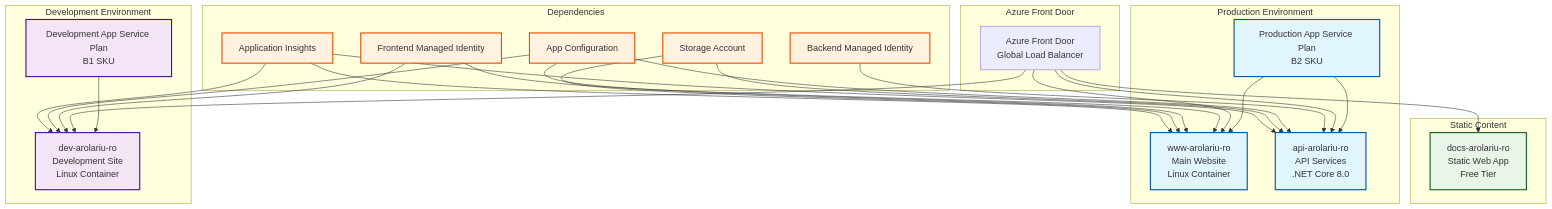
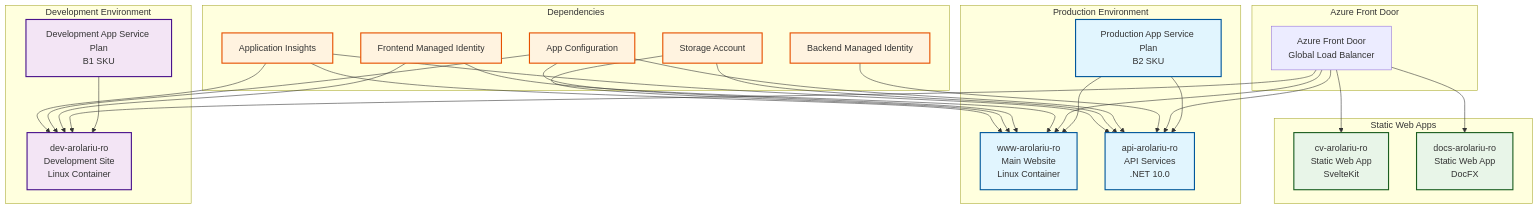
Before and after one commit to arolariu/arolariu.ro: the first of 2 diagrams in infra/Azure/Bicep/sites/README.md, drawn with Mermaid. The commit also changed other lines of this file and 10 other files, not shown here.

````diff
--- a/infra/Azure/Bicep/sites/README.md
+++ b/infra/Azure/Bicep/sites/README.md
@@ -25,66 +38,68 @@
 ```mermaid
 graph TB
     subgraph "Azure Front Door"
         AFD[Azure Front Door<br/>Global Load Balancer]
     end
 
     subgraph "Production Environment"
         PROD_PLAN[Production App Service Plan<br/>B2 SKU]
 
         MAIN[www-arolariu-ro<br/>Main Website<br/>Linux Container]
-        API[api-arolariu-ro<br/>API Services<br/>.NET Core 8.0]
+        API[api-arolariu-ro<br/>API Services<br/>.NET 10.0]
 
         PROD_PLAN --> MAIN
         PROD_PLAN --> API
     end
 
     subgraph "Development Environment"
         DEV_PLAN[Development App Service Plan<br/>B1 SKU]
 
         DEV[dev-arolariu-ro<br/>Development Site<br/>Linux Container]
 
         DEV_PLAN --> DEV
     end
 
-    subgraph "Static Content"
-        DOCS[docs-arolariu-ro<br/>Static Web App<br/>Free Tier]
+    subgraph "Static Web Apps"
+        CV[cv-arolariu-ro<br/>Static Web App<br/>SvelteKit]
+        DOCS[docs-arolariu-ro<br/>Static Web App<br/>DocFX]
     end
 
     subgraph "Dependencies"
         MI_FE[Frontend Managed Identity]
         MI_BE[Backend Managed Identity]
         CONFIG[App Configuration]
         STORAGE[Storage Account]
         MONITOR[Application Insights]
     end
 
     AFD --> MAIN
     AFD --> API
     AFD --> DEV
+    AFD --> CV
     AFD --> DOCS
 
     MI_FE --> MAIN
     MI_FE --> DEV
     MI_BE --> API
 
     CONFIG --> MAIN
     CONFIG --> API
     CONFIG --> DEV
 
     STORAGE --> MAIN
     STORAGE --> API
 
     MONITOR --> MAIN
     MONITOR --> API
     MONITOR --> DEV
 
     classDef production fill:#e1f5fe,stroke:#01579b,stroke-width:2px
     classDef development fill:#f3e5f5,stroke:#4a148c,stroke-width:2px
     classDef static fill:#e8f5e8,stroke:#1b5e20,stroke-width:2px
     classDef dependency fill:#fff3e0,stroke:#e65100,stroke-width:2px
 
     class PROD_PLAN,MAIN,API production
     class DEV_PLAN,DEV development
-    class DOCS static
+    class CV,DOCS static
     class MI_FE,MI_BE,CONFIG,STORAGE,MONITOR dependency
 ```
````
